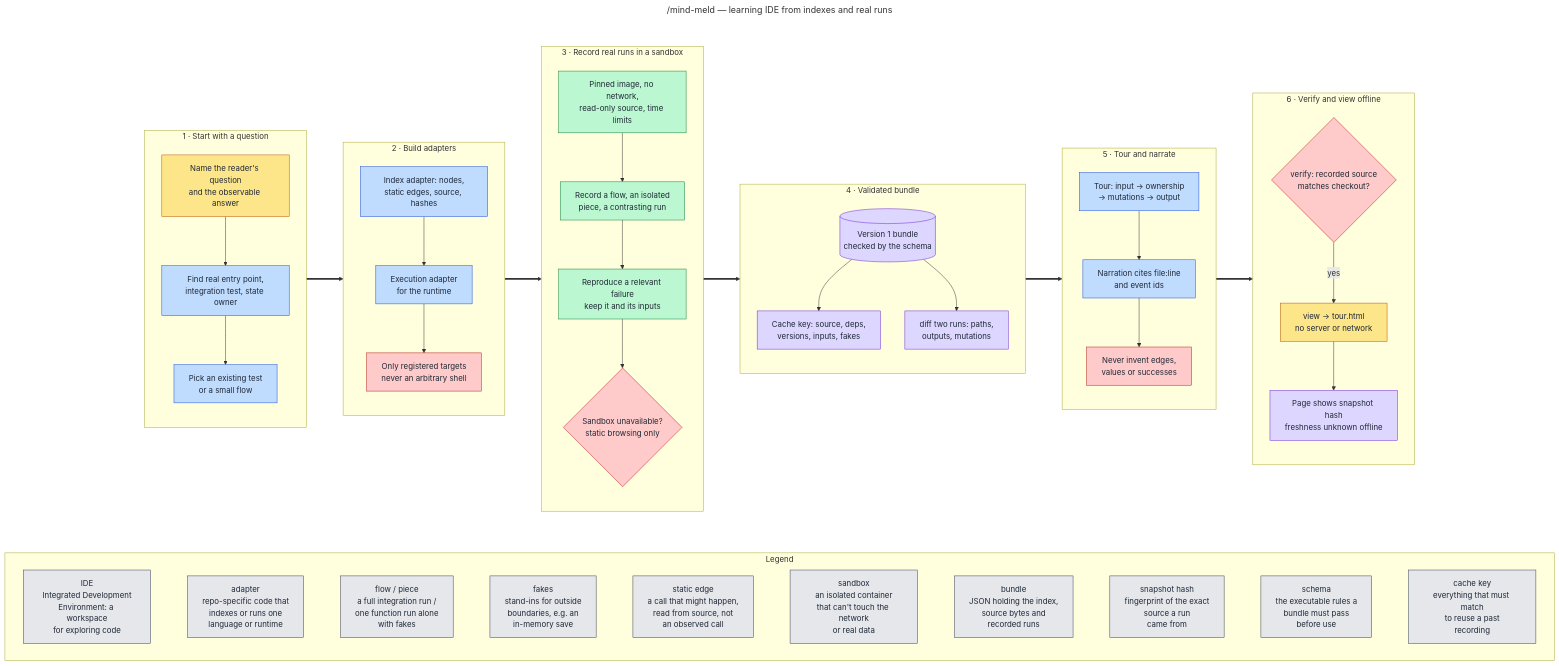
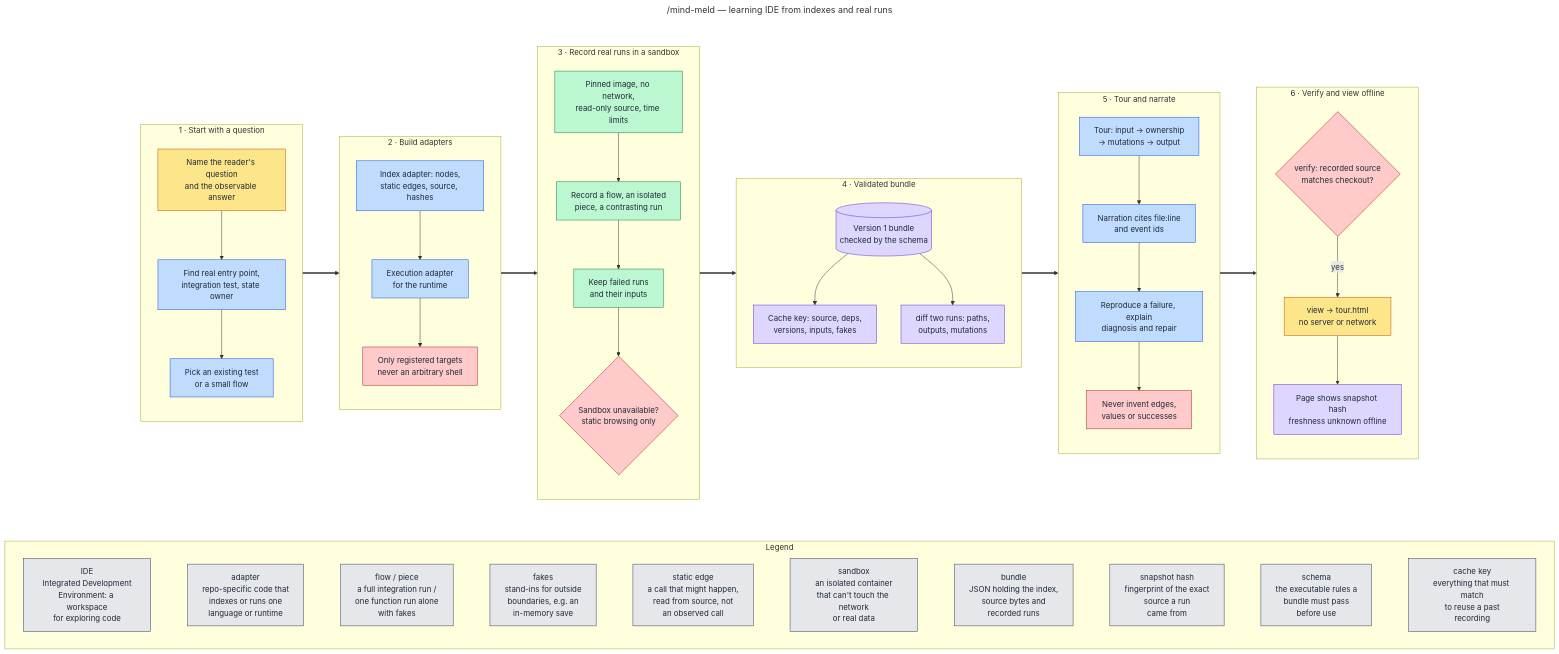
The diagram in docs/diagrams/src/mind-meld.mmd (victusfate/scaffold), drawn with Mermaid before and after one commit. The commit also changed 21 other files, not shown here.

First line of the commit message:
docs(diagrams): accuracy fixes from a per-diagram source review

```diff
--- a/docs/diagrams/src/mind-meld.mmd
+++ b/docs/diagrams/src/mind-meld.mmd
@@ -1,87 +1,88 @@
 ---
 title: /mind-meld — learning IDE from indexes and real runs
 ---
 flowchart TB
   classDef owner fill:#fde68a,stroke:#b45309,color:#1f2937
   classDef orch fill:#bfdbfe,stroke:#1d4ed8,color:#1f2937
   classDef state fill:#ddd6fe,stroke:#6d28d9,color:#1f2937
   classDef lane fill:#bbf7d0,stroke:#15803d,color:#1f2937
   classDef git fill:#e5e7eb,stroke:#374151,color:#1f2937
   classDef gate fill:#fecaca,stroke:#b91c1c,color:#1f2937
 
   %% Edges run between stage subgraphs (not inner nodes) so each stage keeps
   %% its own top-to-bottom direction and the whole image stays landscape.
 
   subgraph FLOW[" "]
   direction LR
 
   subgraph QUESTION["1 · Start with a question"]
     direction TB
     Q1["Name the reader's question<br/>and the observable answer"]:::owner
     Q2["Find real entry point,<br/>integration test, state owner"]:::orch
     Q3["Pick an existing test<br/>or a small flow"]:::orch
     Q1 --> Q2 --> Q3
   end
 
   subgraph ADAPT["2 · Build adapters"]
     direction TB
     D1["Index adapter: nodes,<br/>static edges, source, hashes"]:::orch
     D2["Execution adapter<br/>for the runtime"]:::orch
     D3["Only registered targets<br/>never an arbitrary shell"]:::gate
     D1 --> D2 --> D3
   end
 
   subgraph RUN["3 · Record real runs in a sandbox"]
     direction TB
     R1["Pinned image, no network,<br/>read-only source, time limits"]:::lane
     R2["Record a flow, an isolated<br/>piece, a contrasting run"]:::lane
-    R3["Reproduce a relevant failure<br/>keep it and its inputs"]:::lane
+    R3["Keep failed runs<br/>and their inputs"]:::lane
     R4{"Sandbox unavailable?<br/>static browsing only"}:::gate
     R1 --> R2 --> R3 --> R4
   end
 
   subgraph BUNDLE["4 · Validated bundle"]
     direction TB
     B1[("Version 1 bundle<br/>checked by the schema")]:::state
     B2["Cache key: source, deps,<br/>versions, inputs, fakes"]:::state
     B3["diff two runs: paths,<br/>outputs, mutations"]:::state
     B1 --> B2
     B1 --> B3
   end
 
   subgraph TOUR["5 · Tour and narrate"]
     direction TB
     T1["Tour: input → ownership<br/>→ mutations → output"]:::orch
     T2["Narration cites file:line<br/>and event ids"]:::orch
     T3["Never invent edges,<br/>values or successes"]:::gate
-    T1 --> T2 --> T3
+    T4["Reproduce a failure, explain<br/>diagnosis and repair"]:::orch
+    T1 --> T2 --> T4 --> T3
   end
 
   subgraph VIEW["6 · Verify and view offline"]
     direction TB
     V1{"verify: recorded source<br/>matches checkout?"}:::gate
     V2["view → tour.html<br/>no server or network"]:::owner
     V3["Page shows snapshot hash<br/>freshness unknown offline"]:::state
     V1 -->|yes| V2 --> V3
   end
 
   QUESTION ==> ADAPT ==> RUN ==> BUNDLE ==> TOUR ==> VIEW
   end
   style FLOW fill:none,stroke:none
 
   subgraph LEGEND["Legend"]
     direction LR
     L1["IDE<br/>Integrated Development<br/>Environment: a workspace<br/>for exploring code"]:::git
     L2["adapter<br/>repo-specific code that<br/>indexes or runs one<br/>language or runtime"]:::git
     L3["flow / piece<br/>a full integration run /<br/>one function run alone<br/>with fakes"]:::git
     L4["fakes<br/>stand-ins for outside<br/>boundaries, e.g. an<br/>in-memory save"]:::git
     L5["static edge<br/>a call that might happen,<br/>read from source, not<br/>an observed call"]:::git
     L6["sandbox<br/>an isolated container<br/>that can't touch the network<br/>or real data"]:::git
     L7["bundle<br/>JSON holding the index,<br/>source bytes and<br/>recorded runs"]:::git
     L8["snapshot hash<br/>fingerprint of the exact<br/>source a run<br/>came from"]:::git
     L9["schema<br/>the executable rules a<br/>bundle must pass<br/>before use"]:::git
     L10["cache key<br/>everything that must match<br/>to reuse a past<br/>recording"]:::git
     L1 ~~~ L2 ~~~ L3 ~~~ L4 ~~~ L5 ~~~ L6 ~~~ L7 ~~~ L8 ~~~ L9 ~~~ L10
   end
 
   FLOW ~~~ LEGEND
```
